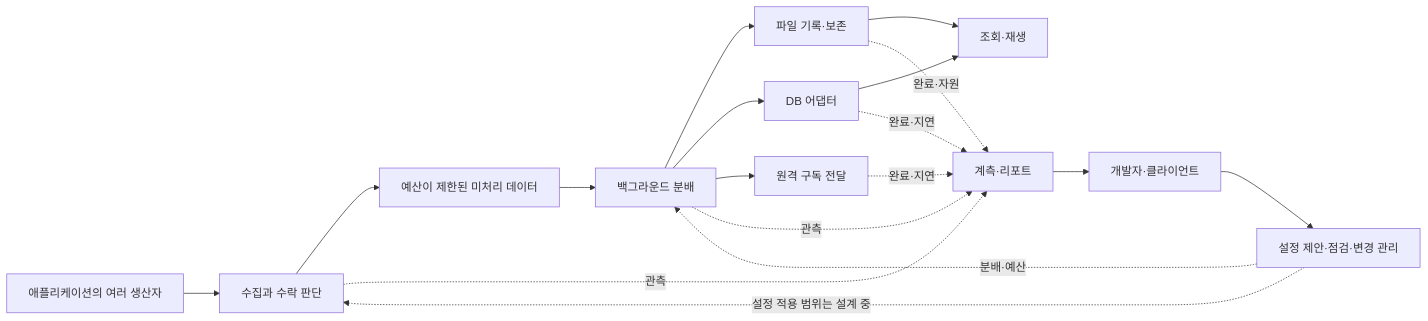
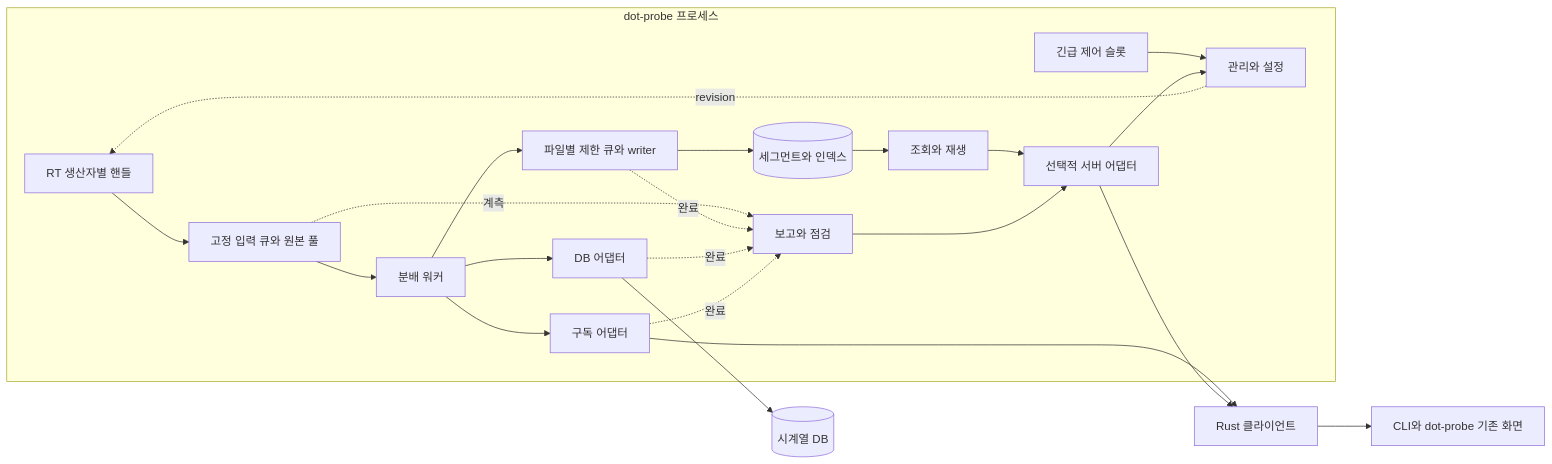
One commit to lim8603/dot-logger changed the diagram in .cowork/03_design_artifacts/domain_model.md. Above: the diagram before and after it, drawn with Mermaid. The commit also changed other lines of this file and 62 other files, not shown here.

````diff
--- a/.cowork/03_design_artifacts/domain_model.md
+++ b/.cowork/03_design_artifacts/domain_model.md
@@ -14,20 +12,25 @@
 ```mermaid
 flowchart LR
-    P[애플리케이션의 여러 생산자] --> C[수집과 수락 판단]
-    C --> Q[예산이 제한된 미처리 데이터]
-    Q --> R[백그라운드 분배]
-    R --> F[파일 기록·보존]
-    R --> D[DB 어댑터]
-    R --> N[원격 구독 전달]
-    F --> V[조회·재생]
-    D --> V
-    C -. 관측 .-> O[계측·리포트]
-    R -. 관측 .-> O
-    F -. 완료·자원 .-> O
-    D -. 완료·지연 .-> O
-    N -. 완료·지연 .-> O
-    O --> U[개발자·클라이언트]
-    U --> M[설정 제안·점검·변경 관리]
-    M -. 설정 적용 범위는 설계 중 .-> C
-    M -. 분배·예산 .-> R
+    subgraph APP[dot-probe 프로세스]
+      P[RT 생산자별 핸들] --> Q[고정 입력 큐와 원본 풀]
+      Q --> D[분배 워커]
+      D --> F[파일별 제한 큐와 writer]
+      D --> B[DB 어댑터]
+      D --> N[구독 어댑터]
+      F --> S[(세그먼트와 인덱스)]
+      S --> R[조회와 재생]
+      M[관리와 설정] -. revision .-> P
+      E[긴급 제어 슬롯] --> M
+      Q -. 계측 .-> O[보고와 점검]
+      F -. 완료 .-> O
+      B -. 완료 .-> O
+      N -. 완료 .-> O
+      R --> A[선택적 서버 어댑터]
+      O --> A
+      A --> M
+    end
+    B --> DB[(시계열 DB)]
+    N --> C[Rust 클라이언트]
+    A --> C
+    C --> CLI[CLI와 dot-probe 기존 화면]
 ```
````
